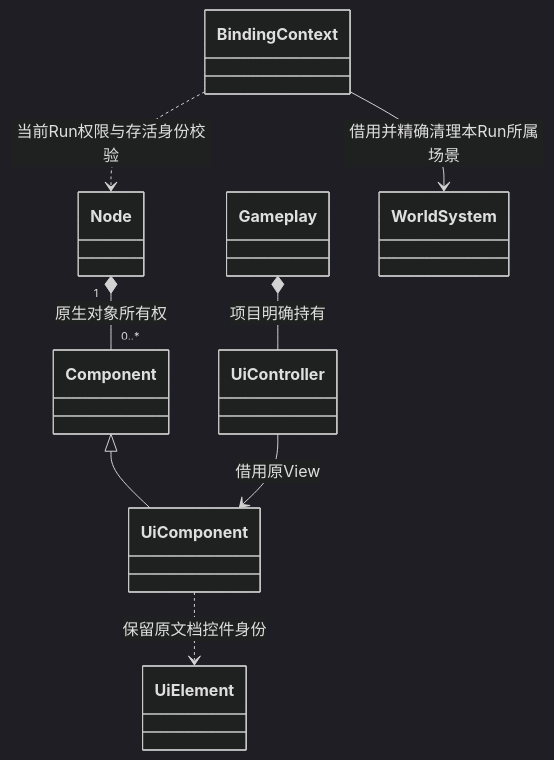
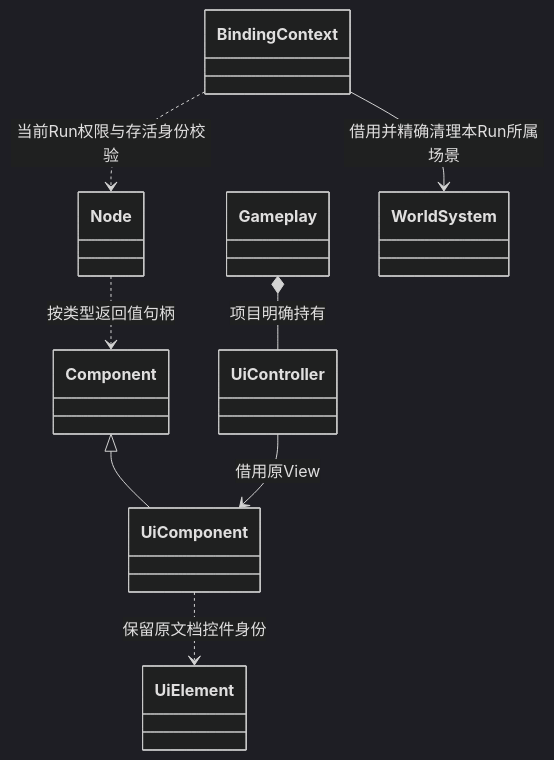
One commit to lcals/Engine changed the second of 2 diagrams in docs/runtime/class-diagrams/persistent-nodes.md. Above: the diagram before and after it, drawn with Mermaid (dark theme). The commit also changed other lines of this file and 291 other files, not shown here.

````diff
--- a/docs/runtime/class-diagrams/persistent-nodes.md
+++ b/docs/runtime/class-diagrams/persistent-nodes.md
@@ -51,18 +51,18 @@
 ```mermaid
 classDiagram
     class Node
     class Component
     class UiComponent
     class UiElement
     class UiController
     class Gameplay
     class BindingContext
     class WorldSystem
     Component <|-- UiComponent
-    Node "1" *-- "0..*" Component : 原生对象所有权
+    Node ..> Component : 按类型返回值句柄
     UiComponent ..> UiElement : 保留原文档控件身份
     Gameplay *-- UiController : 项目明确持有
     UiController --> UiComponent : 借用原View
     BindingContext --> WorldSystem : 借用并精确清理本Run所属场景
     BindingContext ..> Node : 当前Run权限与存活身份校验
 ```
````
